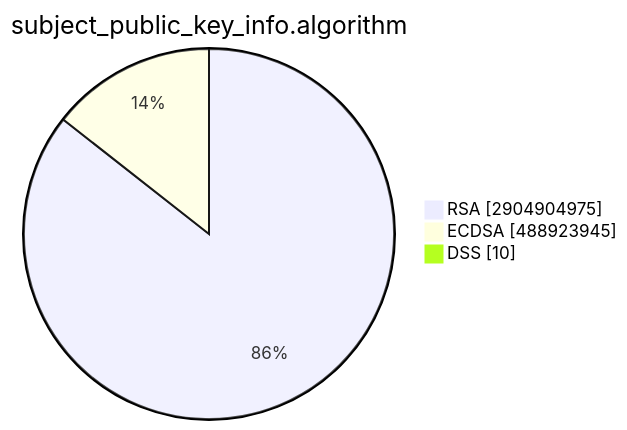
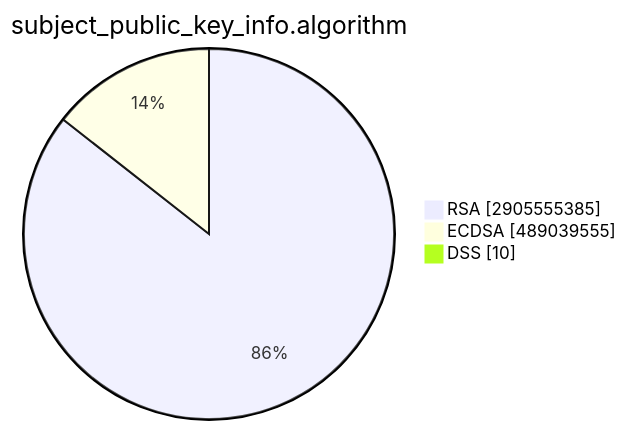
The second of 15 diagrams in TOTAL/README.md (christiankrug/ctmonitor_visualization), drawn with Mermaid before and after one commit. The commit also changed other lines of this file, not shown here.

````diff
--- a/TOTAL/README.md
+++ b/TOTAL/README.md
@@ -6,7 +6,7 @@
 ```mermaid
 pie showData
 title subject_public_key_info.algorithm
-"RSA" :2904904975
-"ECDSA" :488923945
+"RSA" :2905555385
+"ECDSA" :489039555
 "DSS" :10
 ```
````
